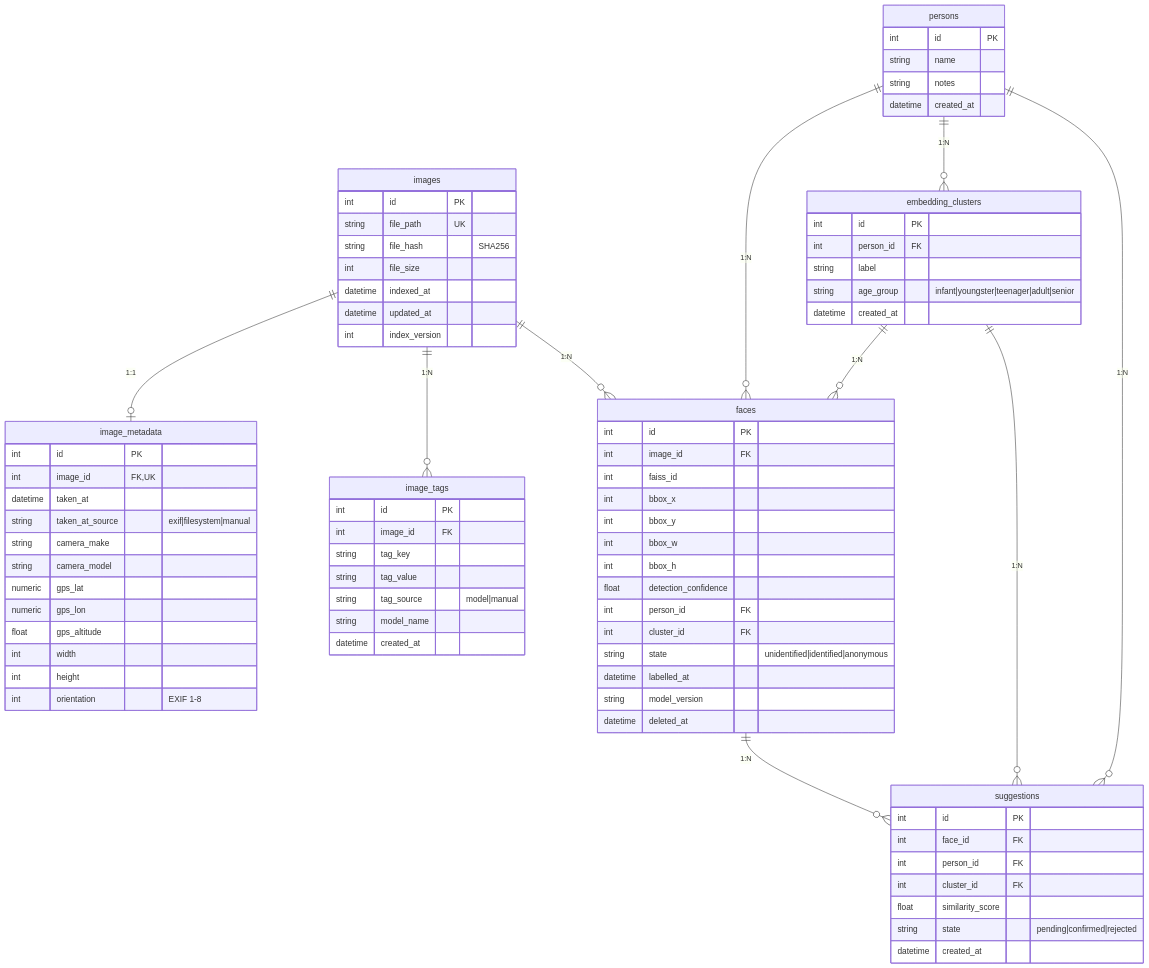
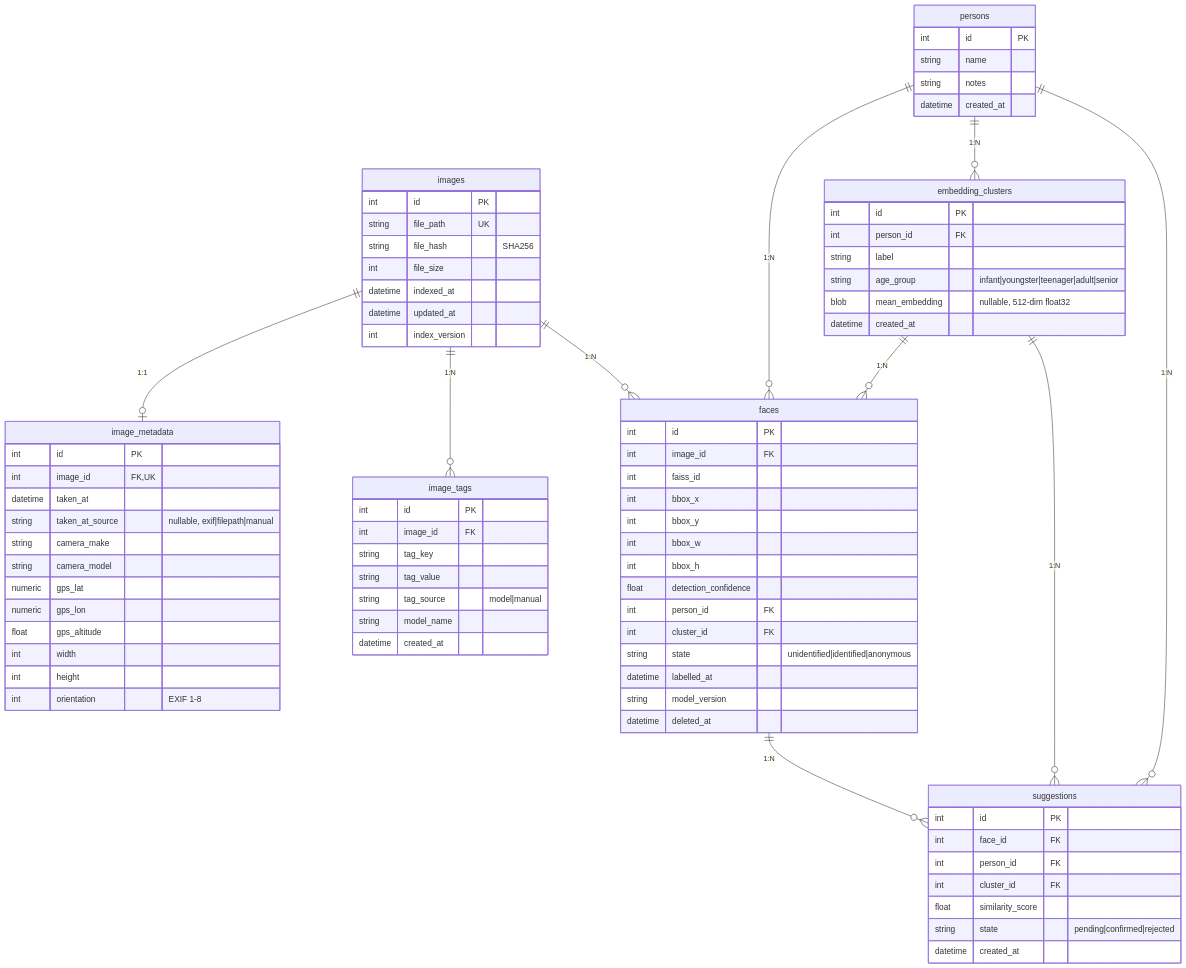
Before and after one commit to steinsag/photoaident: the diagram in README.md, drawn with Mermaid. The commit also changed 13 other files, not shown here.

```diff
--- a/README.md
+++ b/README.md
@@ -210,7 +210,7 @@
         int id PK
         int image_id FK, UK
         datetime taken_at
-        string taken_at_source "exif|filesystem|manual"
+        string taken_at_source "nullable, exif|filepath|manual"
         string camera_make
         string camera_model
         numeric gps_lat
@@ -260,6 +260,7 @@
         int person_id FK
         string label
         string age_group "infant|youngster|teenager|adult|senior"
+        blob mean_embedding "nullable, 512-dim float32"
         datetime created_at
     }
 
```
